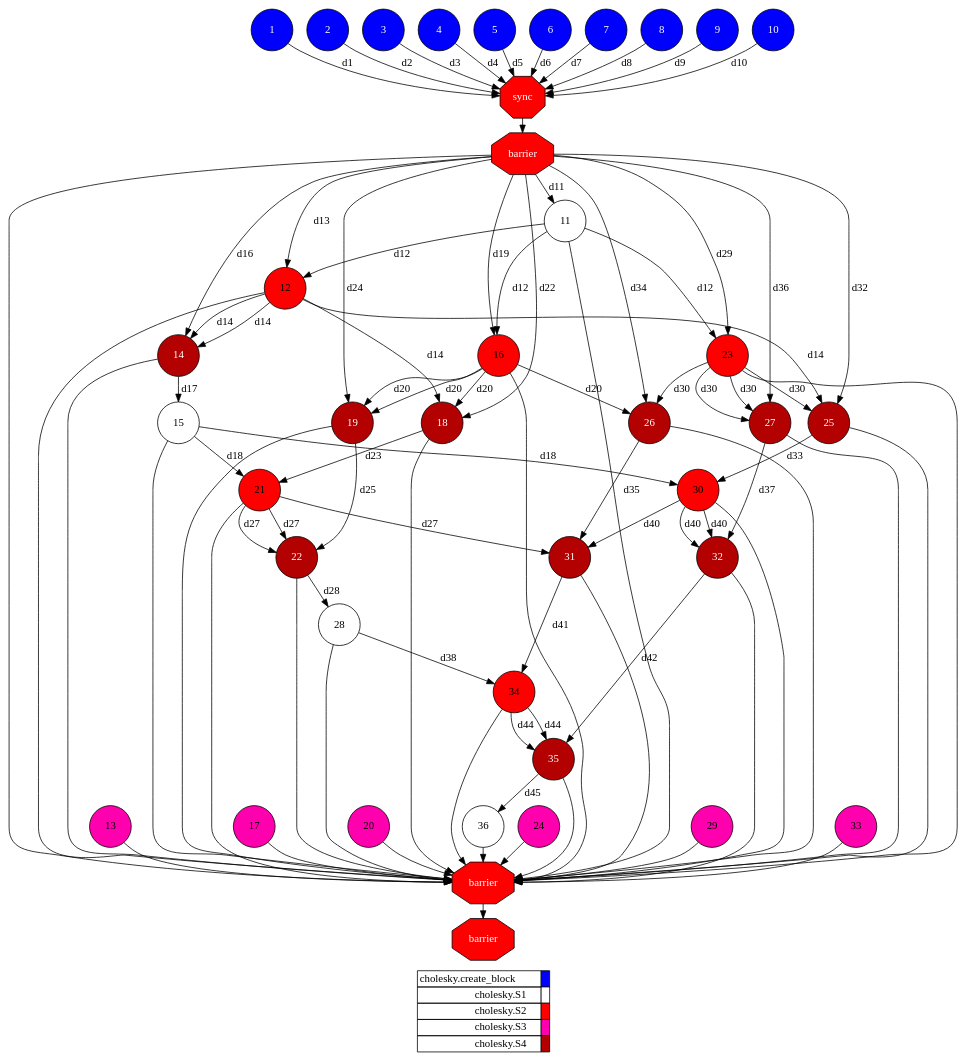
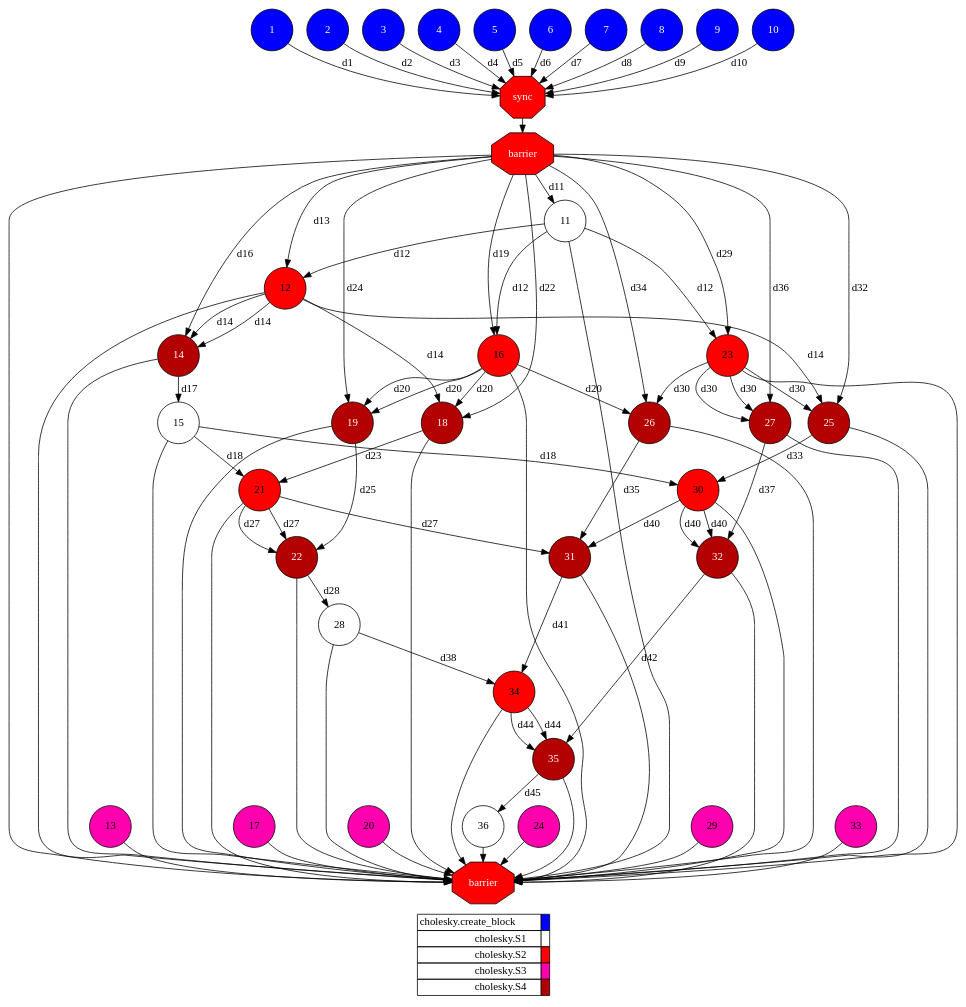
The diagram in examples/cholesky/results/local/autoparallel/complete_graph.dot (cristianrcv/pycompss-autoparallel), drawn with Graphviz before and after one commit. The commit also changed 107 other files, not shown here.

```diff
--- a/examples/cholesky/results/local/autoparallel/complete_graph.dot
+++ b/examples/cholesky/results/local/autoparallel/complete_graph.dot
@@ -1,163 +1,161 @@
 digraph {
   rankdir=TB;
   labeljust="l";
   subgraph dependence_graph {
     ranksep=0.20;
     node[height=0.75];
 
 1[shape=circle, style=filled fillcolor="#0000ff" fontcolor="#ffffff"];
 2[shape=circle, style=filled fillcolor="#0000ff" fontcolor="#ffffff"];
 3[shape=circle, style=filled fillcolor="#0000ff" fontcolor="#ffffff"];
 4[shape=circle, style=filled fillcolor="#0000ff" fontcolor="#ffffff"];
 5[shape=circle, style=filled fillcolor="#0000ff" fontcolor="#ffffff"];
 6[shape=circle, style=filled fillcolor="#0000ff" fontcolor="#ffffff"];
 7[shape=circle, style=filled fillcolor="#0000ff" fontcolor="#ffffff"];
 8[shape=circle, style=filled fillcolor="#0000ff" fontcolor="#ffffff"];
 9[shape=circle, style=filled fillcolor="#0000ff" fontcolor="#ffffff"];
 10[shape=circle, style=filled fillcolor="#0000ff" fontcolor="#ffffff"];
 Synchro1[label="sync", shape=octagon, style=filled fillcolor="#ff0000" fontcolor="#FFFFFF"];
 1 -> Synchro1[ label="d1" ];
 2 -> Synchro1[ label="d2" ];
 3 -> Synchro1[ label="d3" ];
 4 -> Synchro1[ label="d4" ];
 5 -> Synchro1[ label="d5" ];
 6 -> Synchro1[ label="d6" ];
 7 -> Synchro1[ label="d7" ];
 8 -> Synchro1[ label="d8" ];
 9 -> Synchro1[ label="d9" ];
 10 -> Synchro1[ label="d10" ];
 Synchro2[label="barrier", shape=octagon, style=filled fillcolor="#ff0000" fontcolor="#FFFFFF"];
 Synchro1 -> Synchro2;
 11[shape=circle, style=filled fillcolor="#ffffff" fontcolor="#000000"];
 Synchro2 -> 11[ label="d11" ];
 12[shape=circle, style=filled fillcolor="#ff0000" fontcolor="#000000"];
 11 -> 12[ label="d12" ];
 Synchro2 -> 12[ label="d13" ];
 13[shape=circle, style=filled fillcolor="#ff00ae" fontcolor="#000000"];
 14[shape=circle, style=filled fillcolor="#b30000" fontcolor="#ffffff"];
 12 -> 14[ label="d14" ];
 12 -> 14[ label="d14" ];
 Synchro2 -> 14[ label="d16" ];
 15[shape=circle, style=filled fillcolor="#ffffff" fontcolor="#000000"];
 14 -> 15[ label="d17" ];
 16[shape=circle, style=filled fillcolor="#ff0000" fontcolor="#000000"];
 11 -> 16[ label="d12" ];
 Synchro2 -> 16[ label="d19" ];
 17[shape=circle, style=filled fillcolor="#ff00ae" fontcolor="#000000"];
 18[shape=circle, style=filled fillcolor="#b30000" fontcolor="#ffffff"];
 16 -> 18[ label="d20" ];
 12 -> 18[ label="d14" ];
 Synchro2 -> 18[ label="d22" ];
 19[shape=circle, style=filled fillcolor="#b30000" fontcolor="#ffffff"];
 16 -> 19[ label="d20" ];
 16 -> 19[ label="d20" ];
 Synchro2 -> 19[ label="d24" ];
 20[shape=circle, style=filled fillcolor="#ff00ae" fontcolor="#000000"];
 21[shape=circle, style=filled fillcolor="#ff0000" fontcolor="#000000"];
 15 -> 21[ label="d18" ];
 18 -> 21[ label="d23" ];
 22[shape=circle, style=filled fillcolor="#b30000" fontcolor="#ffffff"];
 21 -> 22[ label="d27" ];
 21 -> 22[ label="d27" ];
 19 -> 22[ label="d25" ];
 23[shape=circle, style=filled fillcolor="#ff0000" fontcolor="#000000"];
 11 -> 23[ label="d12" ];
 Synchro2 -> 23[ label="d29" ];
 24[shape=circle, style=filled fillcolor="#ff00ae" fontcolor="#000000"];
 25[shape=circle, style=filled fillcolor="#b30000" fontcolor="#ffffff"];
 23 -> 25[ label="d30" ];
 12 -> 25[ label="d14" ];
 Synchro2 -> 25[ label="d32" ];
 26[shape=circle, style=filled fillcolor="#b30000" fontcolor="#ffffff"];
 23 -> 26[ label="d30" ];
 16 -> 26[ label="d20" ];
 Synchro2 -> 26[ label="d34" ];
 27[shape=circle, style=filled fillcolor="#b30000" fontcolor="#ffffff"];
 23 -> 27[ label="d30" ];
 23 -> 27[ label="d30" ];
 Synchro2 -> 27[ label="d36" ];
 28[shape=circle, style=filled fillcolor="#ffffff" fontcolor="#000000"];
 22 -> 28[ label="d28" ];
 29[shape=circle, style=filled fillcolor="#ff00ae" fontcolor="#000000"];
 30[shape=circle, style=filled fillcolor="#ff0000" fontcolor="#000000"];
 15 -> 30[ label="d18" ];
 25 -> 30[ label="d33" ];
 31[shape=circle, style=filled fillcolor="#b30000" fontcolor="#ffffff"];
 30 -> 31[ label="d40" ];
 21 -> 31[ label="d27" ];
 26 -> 31[ label="d35" ];
 32[shape=circle, style=filled fillcolor="#b30000" fontcolor="#ffffff"];
 30 -> 32[ label="d40" ];
 30 -> 32[ label="d40" ];
 27 -> 32[ label="d37" ];
 33[shape=circle, style=filled fillcolor="#ff00ae" fontcolor="#000000"];
 34[shape=circle, style=filled fillcolor="#ff0000" fontcolor="#000000"];
 28 -> 34[ label="d38" ];
 31 -> 34[ label="d41" ];
 35[shape=circle, style=filled fillcolor="#b30000" fontcolor="#ffffff"];
 34 -> 35[ label="d44" ];
 34 -> 35[ label="d44" ];
 32 -> 35[ label="d42" ];
 36[shape=circle, style=filled fillcolor="#ffffff" fontcolor="#000000"];
 35 -> 36[ label="d45" ];
 Synchro3[label="barrier", shape=octagon, style=filled fillcolor="#ff0000" fontcolor="#FFFFFF"];
 Synchro2 -> Synchro3;
+14 -> Synchro3;
+24 -> Synchro3;
+19 -> Synchro3;
+11 -> Synchro3;
+33 -> Synchro3;
+30 -> Synchro3;
+29 -> Synchro3;
+32 -> Synchro3;
 22 -> Synchro3;
-19 -> Synchro3;
-23 -> Synchro3;
-17 -> Synchro3;
-32 -> Synchro3;
+28 -> Synchro3;
 12 -> Synchro3;
 13 -> Synchro3;
+35 -> Synchro3;
+20 -> Synchro3;
+34 -> Synchro3;
+17 -> Synchro3;
+18 -> Synchro3;
+27 -> Synchro3;
+15 -> Synchro3;
+31 -> Synchro3;
 26 -> Synchro3;
-31 -> Synchro3;
-33 -> Synchro3;
-24 -> Synchro3;
-14 -> Synchro3;
+16 -> Synchro3;
+25 -> Synchro3;
 21 -> Synchro3;
-25 -> Synchro3;
-29 -> Synchro3;
-30 -> Synchro3;
 36 -> Synchro3;
-20 -> Synchro3;
-18 -> Synchro3;
-15 -> Synchro3;
-28 -> Synchro3;
-34 -> Synchro3;
-35 -> Synchro3;
-16 -> Synchro3;
-27 -> Synchro3;
-11 -> Synchro3;
-Synchro4[label="barrier", shape=octagon, style=filled fillcolor="#ff0000" fontcolor="#FFFFFF"];
-Synchro3 -> Synchro4;  }
+23 -> Synchro3;  }
   subgraph legend {
     rank=sink;
     node [shape=plaintext, height=0.75];
     ranksep=0.20;
     label = "Legend";
     key [label=<
       <table border="0" cellpadding="2" cellspacing="0" cellborder="1">
 <tr>
 <td align="right">cholesky.create_block</td>
 <td bgcolor="#0000ff">&nbsp;</td>
 </tr>
 <tr>
 <td align="right">cholesky.S1</td>
 <td bgcolor="#ffffff">&nbsp;</td>
 </tr>
 <tr>
 <td align="right">cholesky.S2</td>
 <td bgcolor="#ff0000">&nbsp;</td>
 </tr>
 <tr>
 <td align="right">cholesky.S3</td>
 <td bgcolor="#ff00ae">&nbsp;</td>
 </tr>
 <tr>
 <td align="right">cholesky.S4</td>
 <td bgcolor="#b30000">&nbsp;</td>
 </tr>
       </table>
     >]
   }
 }
```
